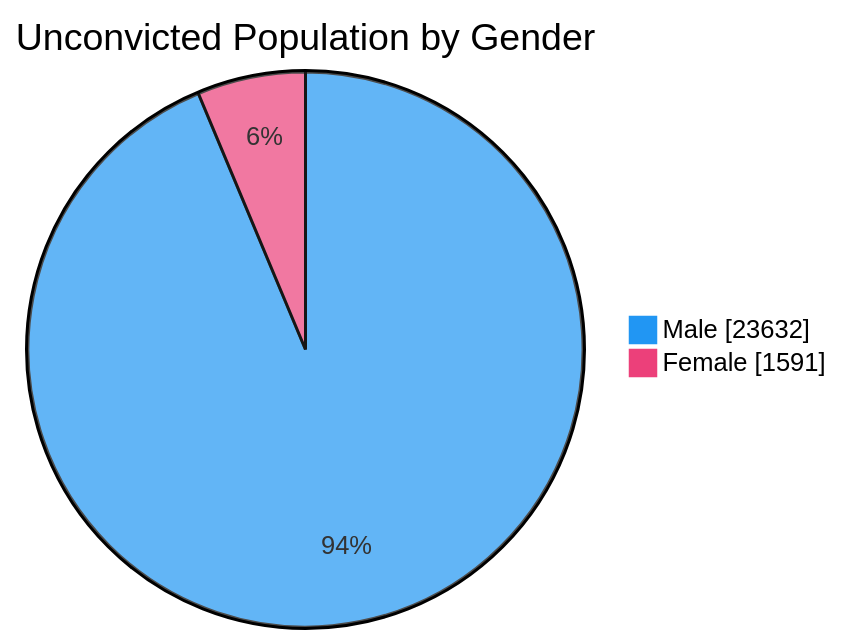
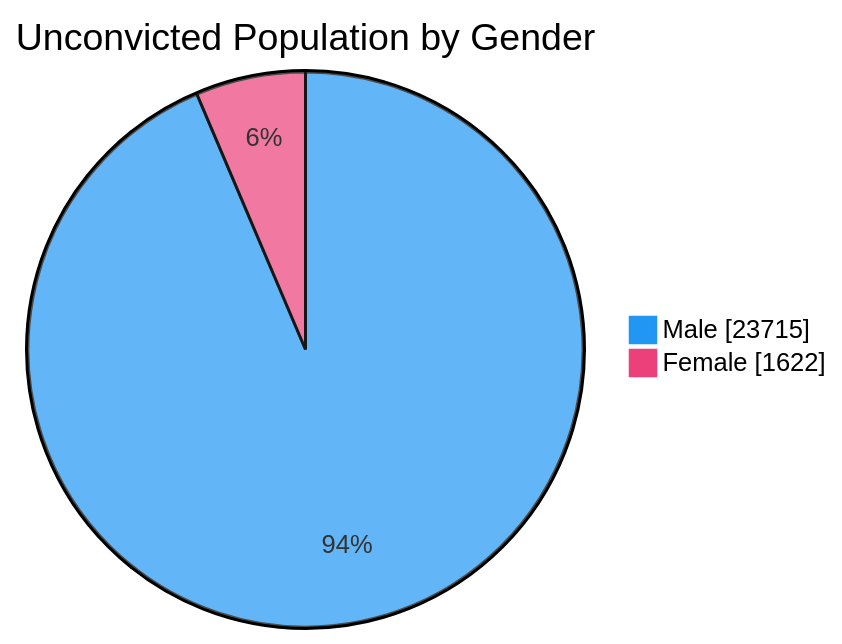
One commit to nuuuwan/lk_prisons changed the fourth of 7 diagrams in README.md. Above: the diagram before and after it, drawn with Mermaid. The commit also changed other lines of this file and 1 other file, not shown here.

````diff
--- a/README.md
+++ b/README.md
@@ -76,6 +76,6 @@
 ```mermaid
 %%{init: {'themeVariables': {'pie1': '#2196F3', 'pie2': '#EC407A'}}}%%
 pie showData title Unconvicted Population by Gender
-    "Male" : 23632
-    "Female" : 1591
+    "Male" : 23715
+    "Female" : 1622
 ```
````
